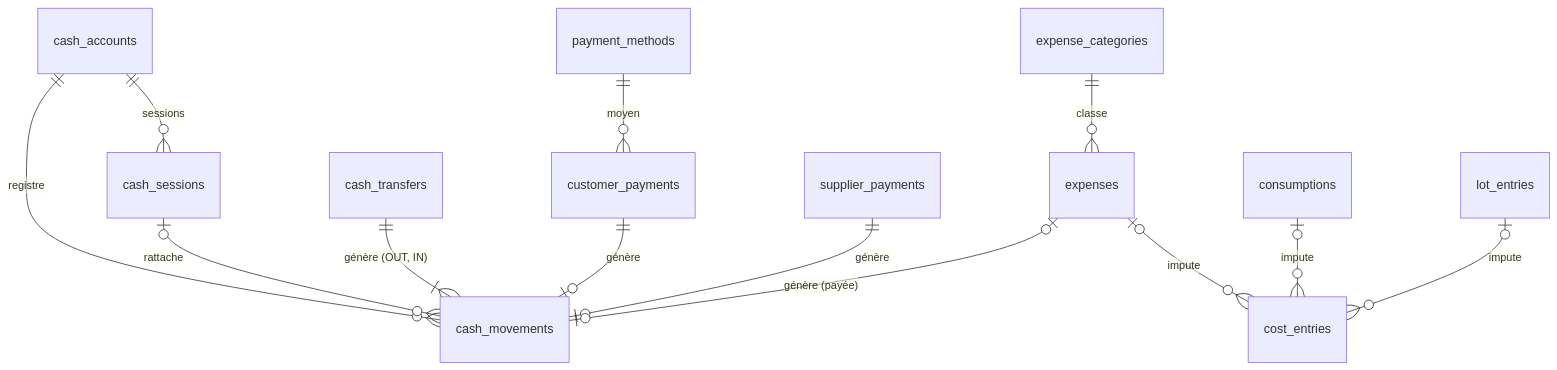
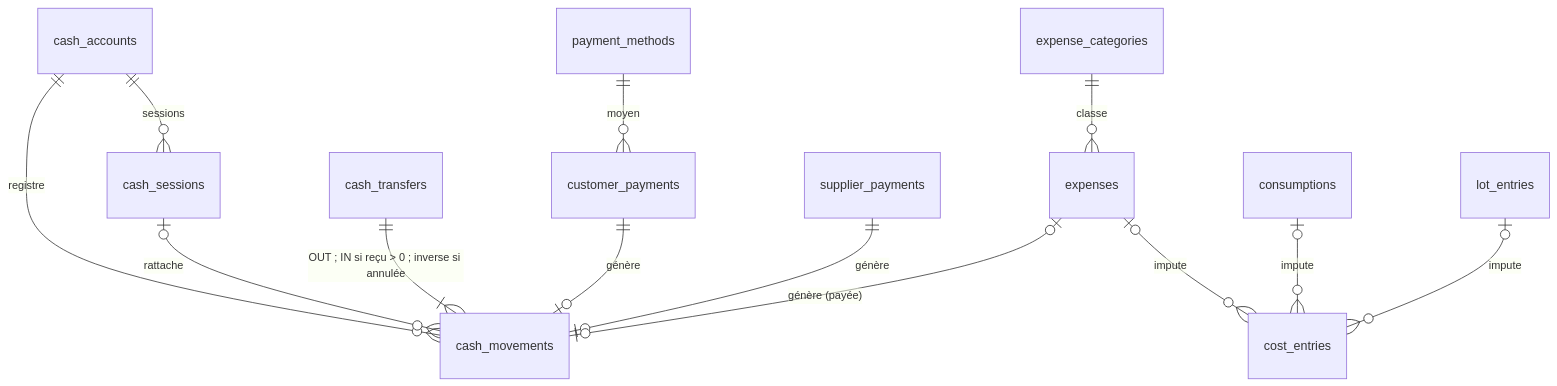
The ninth of 10 diagrams in docs/02-domain-model/02-modele-conceptuel-erd.md (romiall/app.gic-agropelc), drawn with Mermaid before and after one commit. The commit also changed 44 other files, not shown here.

````diff
--- a/docs/02-domain-model/02-modele-conceptuel-erd.md
+++ b/docs/02-domain-model/02-modele-conceptuel-erd.md
@@ -289,15 +289,15 @@
 ```mermaid
 erDiagram
   cash_accounts ||--o{ cash_movements : "registre"
   cash_accounts ||--o{ cash_sessions : "sessions"
   cash_sessions |o--o{ cash_movements : "rattache"
-  cash_transfers ||--|{ cash_movements : "génère (OUT, IN)"
+  cash_transfers ||--|{ cash_movements : "OUT ; IN si reçu > 0 ; inverse si annulée"
   customer_payments ||--o| cash_movements : "génère"
   supplier_payments ||--o| cash_movements : "génère"
   expenses |o--o| cash_movements : "génère (payée)"
   expense_categories ||--o{ expenses : "classe"
   expenses |o--o{ cost_entries : "impute"
   consumptions |o--o{ cost_entries : "impute"
   lot_entries |o--o{ cost_entries : "impute"
   payment_methods ||--o{ customer_payments : "moyen"
 ```
````
